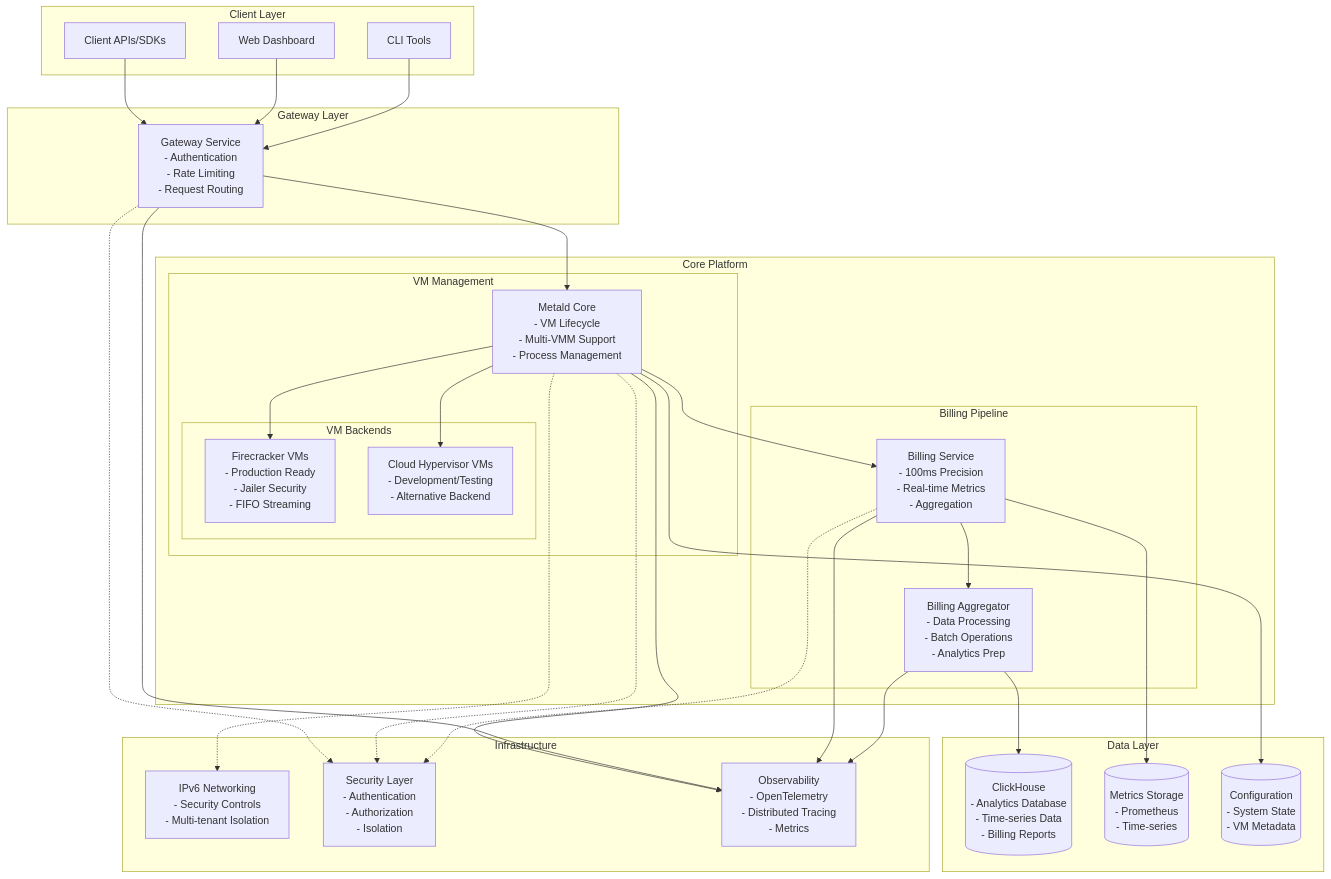
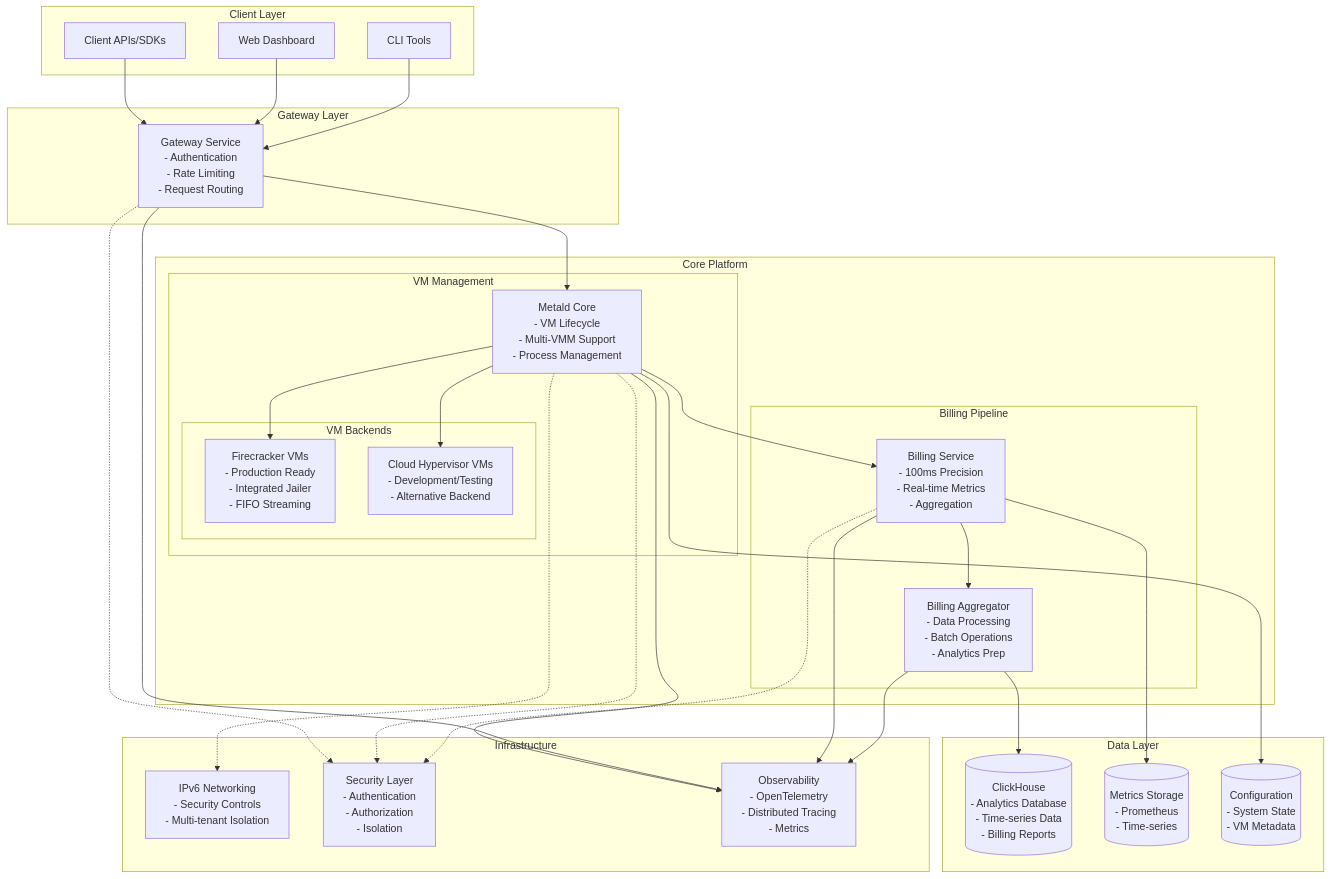
One commit to unkeyed/unkey changed the first of 10 diagrams in go/deploy/metald/docs/architecture/overview.md. Above: the diagram before and after it, drawn with Mermaid. The commit also changed other lines of this file and 298 other files, not shown here.

````diff
--- a/go/deploy/metald/docs/architecture/overview.md
+++ b/go/deploy/metald/docs/architecture/overview.md
@@ -21,65 +21,65 @@
 ```mermaid
 graph TB
     subgraph "Client Layer"
         API[Client APIs/SDKs]
         Web[Web Dashboard]
         CLI[CLI Tools]
     end
     
     subgraph "Gateway Layer"
         Gateway[Gateway Service<br/>- Authentication<br/>- Rate Limiting<br/>- Request Routing]
     end
     
     subgraph "Core Platform"
         subgraph "VM Management"
             Metald[Metald Core<br/>- VM Lifecycle<br/>- Multi-VMM Support<br/>- Process Management]
             
             subgraph "VM Backends"
-                Firecracker[Firecracker VMs<br/>- Production Ready<br/>- Jailer Security<br/>- FIFO Streaming]
+                Firecracker[Firecracker VMs<br/>- Production Ready<br/>- Integrated Jailer<br/>- FIFO Streaming]
                 CloudHypervisor[Cloud Hypervisor VMs<br/>- Development/Testing<br/>- Alternative Backend]
             end
         end
         
         subgraph "Billing Pipeline"
             Billing[Billing Service<br/>- 100ms Precision<br/>- Real-time Metrics<br/>- Aggregation]
             Aggregator[Billing Aggregator<br/>- Data Processing<br/>- Batch Operations<br/>- Analytics Prep]
         end
     end
     
     subgraph "Data Layer"
         ClickHouse[(ClickHouse<br/>- Analytics Database<br/>- Time-series Data<br/>- Billing Reports)]
         MetricsDB[(Metrics Storage<br/>- Prometheus<br/>- Time-series)]
         ConfigDB[(Configuration<br/>- System State<br/>- VM Metadata)]
     end
     
     subgraph "Infrastructure"
         IPv6Net[IPv6 Networking<br/>- Security Controls<br/>- Multi-tenant Isolation]
         Security[Security Layer<br/>- Authentication<br/>- Authorization<br/>- Isolation]
         Observability[Observability<br/>- OpenTelemetry<br/>- Distributed Tracing<br/>- Metrics]
     end
     
     API --> Gateway
     Web --> Gateway
     CLI --> Gateway
     
     Gateway --> Metald
     Metald --> Firecracker
     Metald --> CloudHypervisor
     Metald --> Billing
     
     Billing --> Aggregator
     Aggregator --> ClickHouse
     
     Metald --> ConfigDB
     Billing --> MetricsDB
     
     Metald -.-> IPv6Net
     Gateway -.-> Security
     Metald -.-> Security
     Billing -.-> Security
     
     Metald --> Observability
     Gateway --> Observability
     Billing --> Observability
     Aggregator --> Observability
 ```
````
